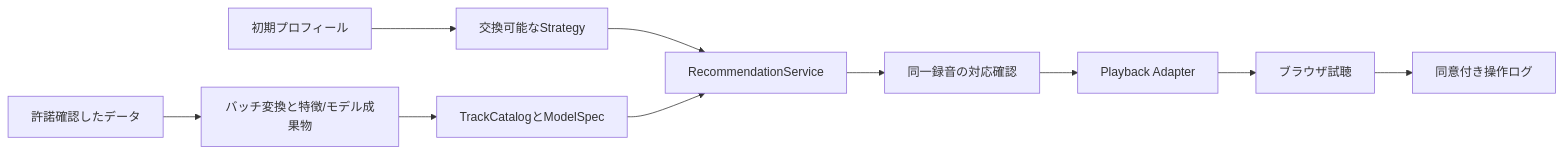
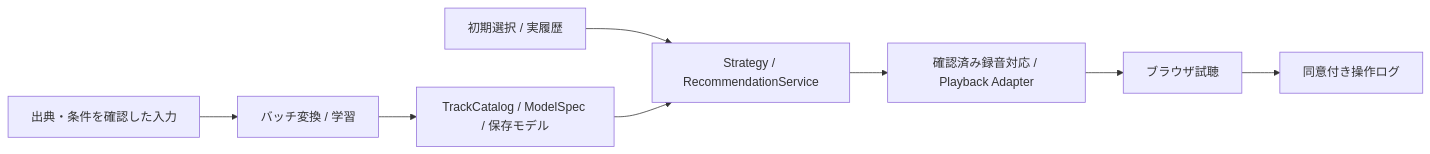
The diagram in docs/catalog-poc.md (97kuek/music-recsys), drawn with Mermaid before and after one commit. The commit also changed other lines of this file and 14 other files, not shown here.

````diff
--- a/docs/catalog-poc.md
+++ b/docs/catalog-poc.md
@@ -100,12 +90,10 @@
 ```mermaid
 flowchart LR
-  D[許諾確認したデータ] --> B[バッチ変換と特徴/モデル成果物]
-  B --> C[TrackCatalogとModelSpec]
-  P[初期プロフィール] --> S[交換可能なStrategy]
-  S --> R[RecommendationService]
+  D[出典・条件を確認した入力] --> B[バッチ変換 / 学習]
+  B --> C[TrackCatalog / ModelSpec / 保存モデル]
+  U[初期選択 / 実履歴] --> R[Strategy / RecommendationService]
   C --> R
-  R --> I[同一録音の対応確認]
-  I --> A[Playback Adapter]
-  A --> U[ブラウザ試聴]
-  U --> L[同意付き操作ログ]
+  R --> M[確認済み録音対応 / Playback Adapter]
+  M --> P[ブラウザ試聴]
+  P --> L[同意付き操作ログ]
 ```
````
